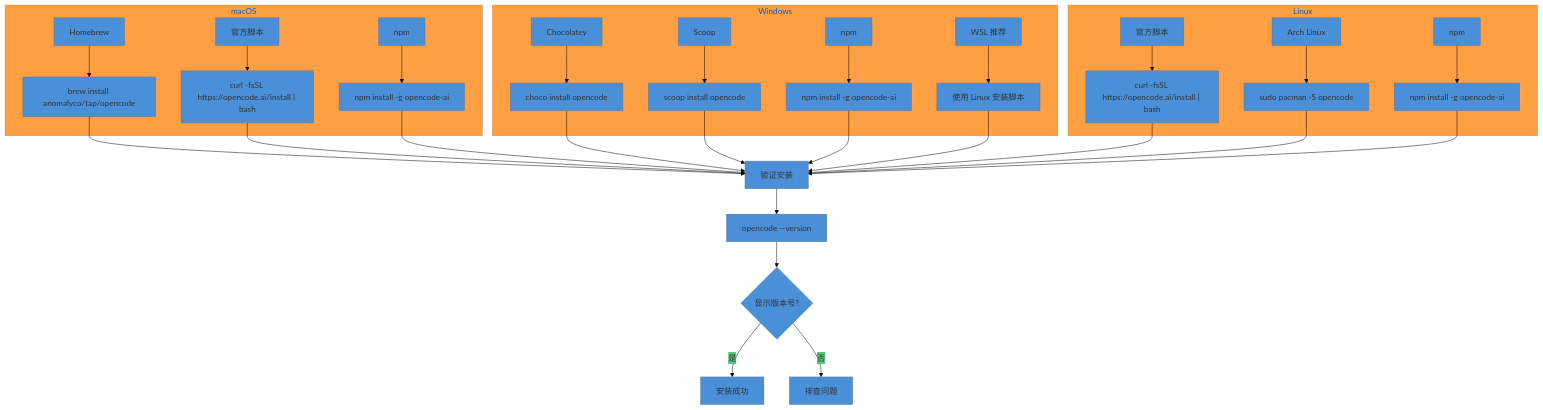
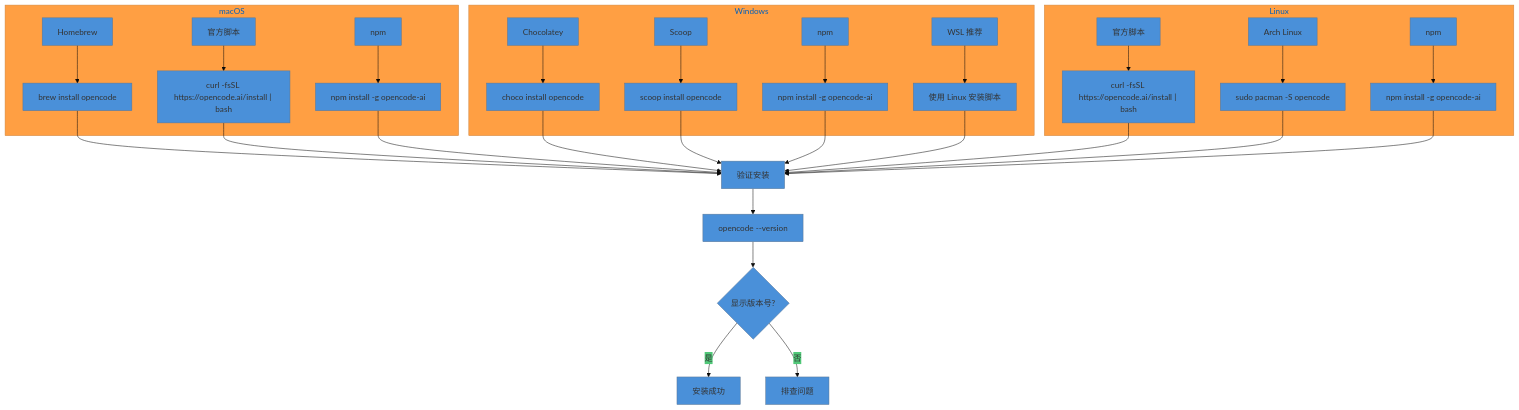
The diagram in src/03-setup/quickstart.md (tonydeng/harness-engineering-from-oc-to-ai-coding), drawn with Mermaid before and after one commit. The commit also changed other lines of this file and 331 other files, not shown here.

````diff
--- a/src/03-setup/quickstart.md
+++ b/src/03-setup/quickstart.md
@@ -36,28 +38,28 @@
 ```mermaid
 %%{init: {'theme':'base', 'themeVariables': {'primaryColor':'#4A90D9', 'secondaryColor':'#50C878', 'tertiaryColor':'#FF9F43'}}}%%
 flowchart TB
     subgraph macOS
-        A1[Homebrew] --> B1["brew install anomalyco/tap/opencode"]
+        A1[Homebrew] --> B1["brew install opencode"]
         A2[官方脚本] --> B2["curl -fsSL https://opencode.ai/install | bash"]
         A3[npm] --> B3["npm install -g opencode-ai"]
     end
     
     subgraph Windows
         C1[Chocolatey] --> D1["choco install opencode"]
         C2[Scoop] --> D2["scoop install opencode"]
         C3[npm] --> D3["npm install -g opencode-ai"]
         C4[WSL 推荐] --> D4[使用 Linux 安装脚本]
     end
     
     subgraph Linux
         E1[官方脚本] --> F1["curl -fsSL https://opencode.ai/install | bash"]
         E2[Arch Linux] --> F2["sudo pacman -S opencode"]
         E3[npm] --> F3["npm install -g opencode-ai"]
     end
     
     B1 & B2 & B3 & D1 & D2 & D3 & D4 & F1 & F2 & F3 --> G[验证安装]
     G --> H["opencode --version"]
     H --> I{显示版本号?}
     I -->|是| J[安装成功]
     I -->|否| K[排查问题]
 ```
````
